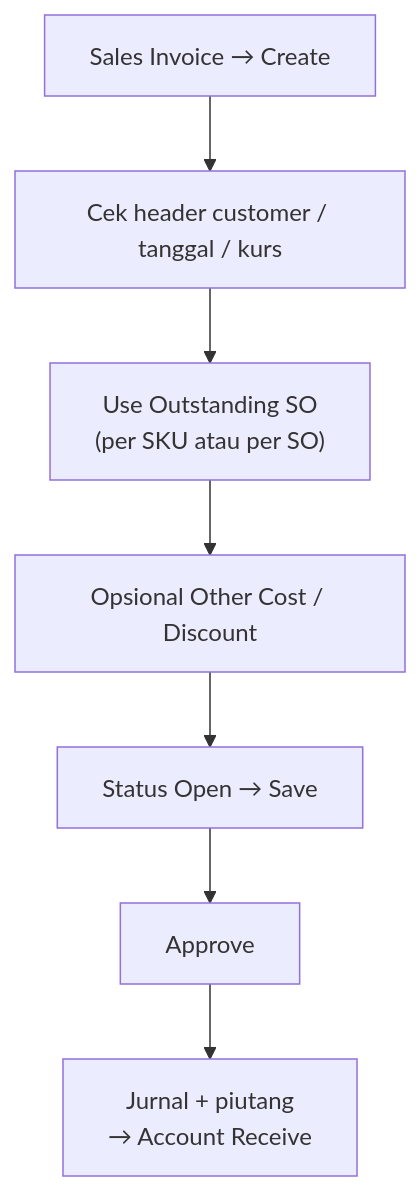
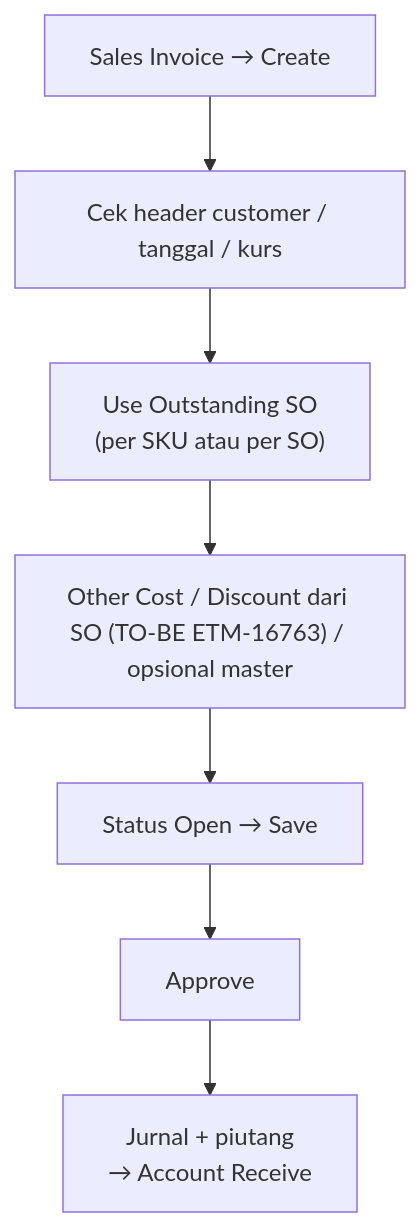
Before and after one commit to yendyr/olshoperp-docs: the diagram in qa-docs/accounting-customer-invoice/knowledge-base.md, drawn with Mermaid. The commit also changed other lines of this file and 9 other files, not shown here.

````diff
--- a/qa-docs/accounting-customer-invoice/knowledge-base.md
+++ b/qa-docs/accounting-customer-invoice/knowledge-base.md
@@ -44,9 +44,9 @@
 ```mermaid
 flowchart TD
     A["Sales Invoice → Create"] --> B["Cek header customer / tanggal / kurs"]
     B --> C["Use Outstanding SO\n(per SKU atau per SO)"]
-    C --> D["Opsional Other Cost / Discount"]
+    C --> D["Other Cost / Discount dari SO (TO-BE ETM-16763) / opsional master"]
     D --> E["Status Open → Save"]
     E --> F["Approve"]
     F --> G["Jurnal + piutang\n→ Account Receive"]
 ```
````
